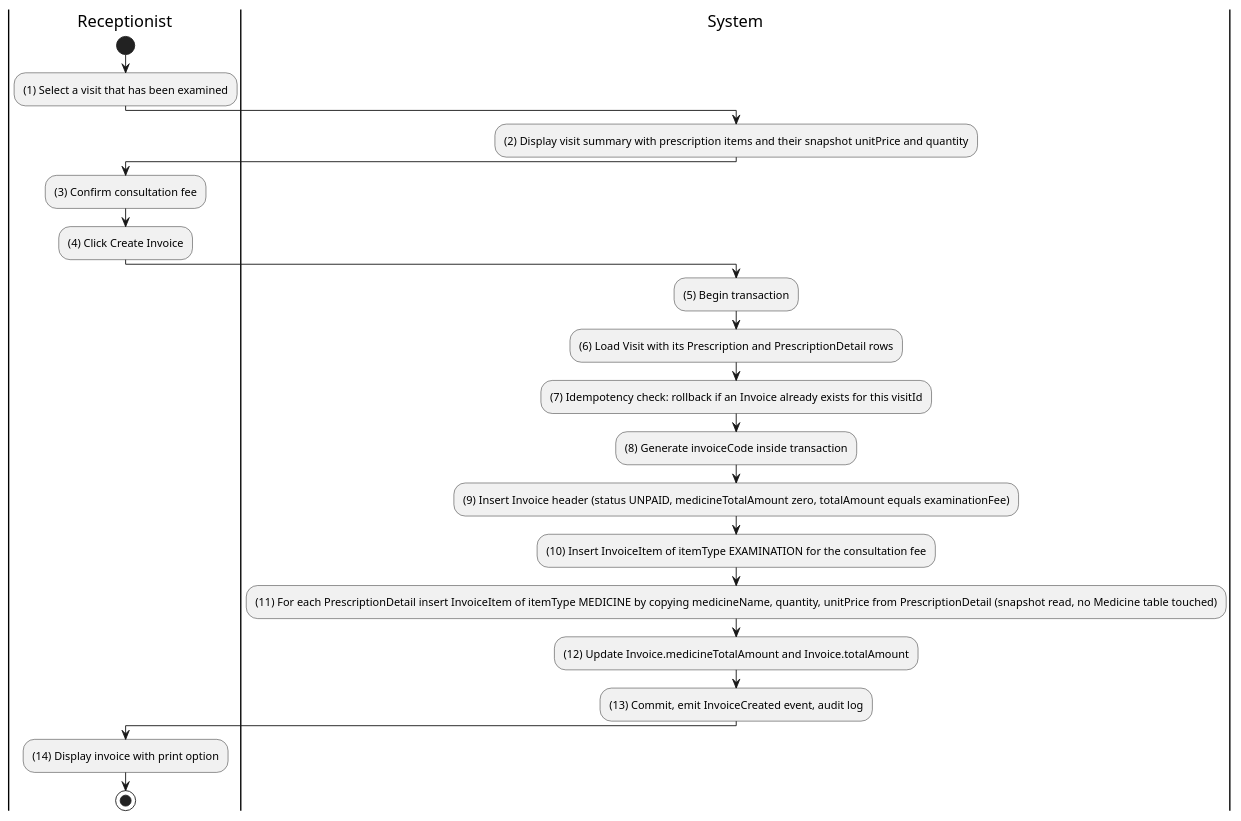
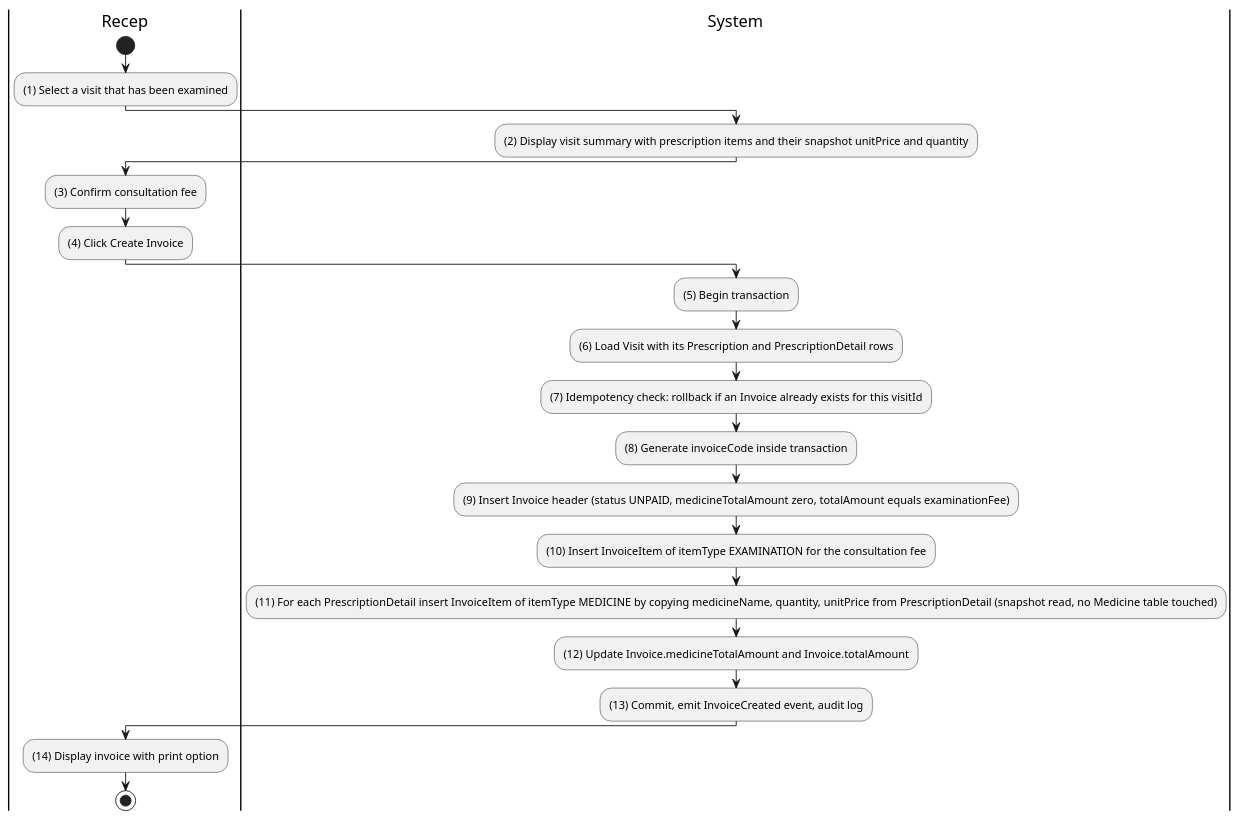
Diagram 18 of 27 in Docs/SRS.md (MinhThienNguyen040905/SE356---He-thong-phong-kham), drawn with PlantUML before and after one commit. The commit also changed other lines of this file, not shown here.

Commit message:
Refactor invoice creation sequence diagram to abbreviate 'Receptionist' for improved rendering in PlantUML

````diff
--- a/Docs/SRS.md
+++ b/Docs/SRS.md
@@ -1029,25 +1029,25 @@
 ```plantuml
 @startuml
-|Receptionist|
+|Recep|
 start
 :(1) Select a visit that has been examined;
 |System|
 :(2) Display visit summary with prescription items and their snapshot unitPrice and quantity;
-|Receptionist|
+|Recep|
 :(3) Confirm consultation fee;
 :(4) Click Create Invoice;
 |System|
 :(5) Begin transaction;
 :(6) Load Visit with its Prescription and PrescriptionDetail rows;
 :(7) Idempotency check: rollback if an Invoice already exists for this visitId;
 :(8) Generate invoiceCode inside transaction;
 :(9) Insert Invoice header (status UNPAID, medicineTotalAmount zero, totalAmount equals examinationFee);
 :(10) Insert InvoiceItem of itemType EXAMINATION for the consultation fee;
 :(11) For each PrescriptionDetail insert InvoiceItem of itemType MEDICINE by copying medicineName, quantity, unitPrice from PrescriptionDetail (snapshot read, no Medicine table touched);
 :(12) Update Invoice.medicineTotalAmount and Invoice.totalAmount;
 :(13) Commit, emit InvoiceCreated event, audit log;
-|Receptionist|
+|Recep|
 :(14) Display invoice with print option;
 stop
 @enduml
 ```
````
